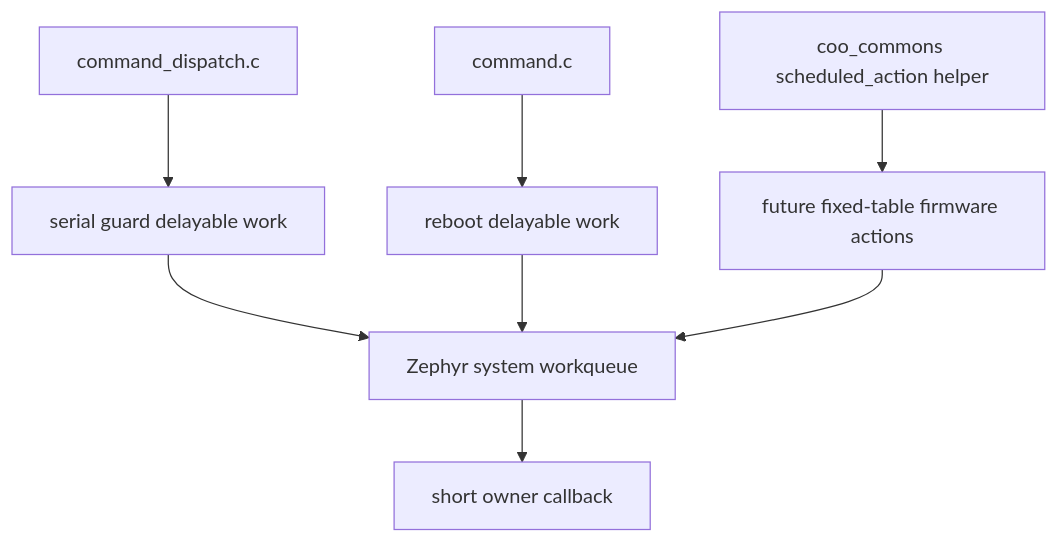
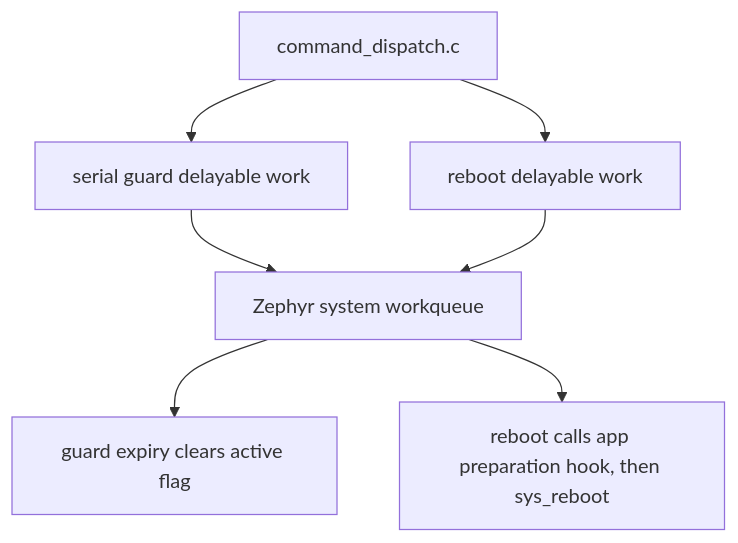
One commit to COO-Utilities/hispec-tib changed the ninth of 25 diagrams in doc/diagrams.md. Above: the diagram before and after it, drawn with Mermaid. The commit also changed other lines of this file and 39 other files, not shown here.

````diff
--- a/doc/diagrams.md
+++ b/doc/diagrams.md
@@ -185,10 +201,9 @@
 ```mermaid
 flowchart TD
   Dispatch[command_dispatch.c] --> Guard[serial guard delayable work]
-  Command[command.c] --> Reboot[reboot delayable work]
-  Commons[coo_commons scheduled_action helper] --> Future[future fixed-table firmware actions]
+  Dispatch --> Reboot[reboot delayable work]
   Guard --> SysQ[Zephyr system workqueue]
   Reboot --> SysQ
-  Future --> SysQ
-  SysQ --> Expire[short owner callback]
+  SysQ --> Expire[guard expiry clears active flag]
+  SysQ --> Prepare[reboot calls app preparation hook, then sys_reboot]
 ```
````
